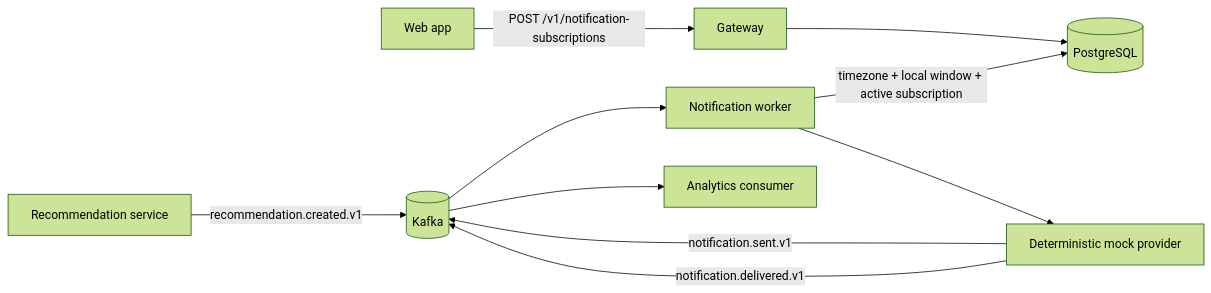
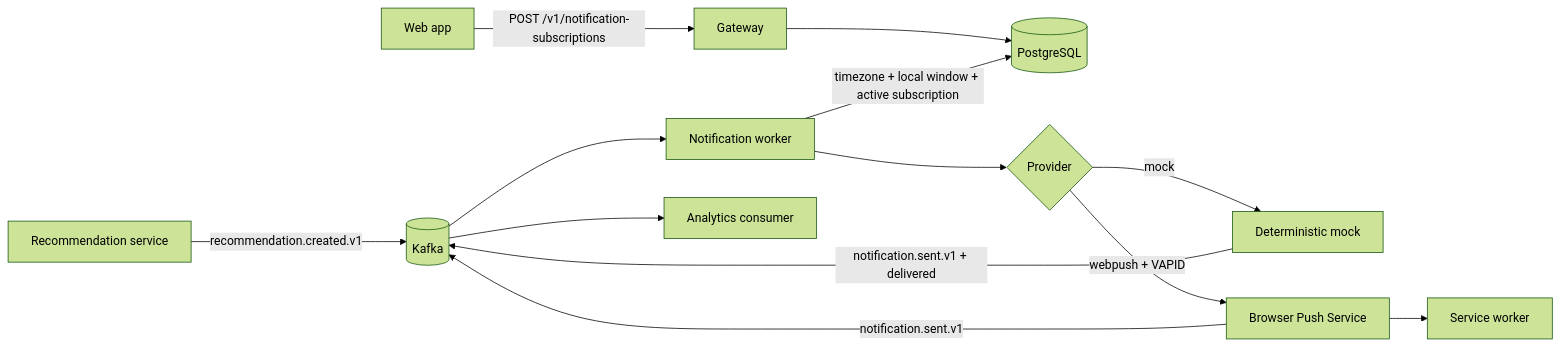
One commit to HiIamJeff67/spacetime-node changed the fourth of 6 diagrams in docs/architecture.md. Above: the diagram before and after it, drawn with Mermaid (forest theme). The commit also changed other lines of this file and 19 other files, not shown here.

Commit message:
feat(recommendation,notification): add semantic embeddings and Web Push

````diff
--- a/docs/architecture.md
+++ b/docs/architecture.md
@@ -251,12 +251,15 @@
 ```mermaid
 flowchart LR
   WebApp[Web app] -->|POST /v1/notification-subscriptions| Gateway[Gateway]
   Gateway --> PG[(PostgreSQL)]
   Recommendation[Recommendation service] -->|recommendation.created.v1| Kafka[(Kafka)]
   Kafka --> Worker[Notification worker]
   Worker -->|timezone + local window + active subscription| PG
-  Worker --> Mock[Deterministic mock provider]
-  Mock -->|notification.sent.v1| Kafka
-  Mock -->|notification.delivered.v1| Kafka
+  Worker --> Provider{Provider}
+  Provider -->|mock| Mock[Deterministic mock]
+  Provider -->|webpush + VAPID| PushService[Browser Push Service]
+  Mock -->|notification.sent.v1 + delivered| Kafka
+  PushService -->|notification.sent.v1| Kafka
+  PushService --> Browser[Service worker]
   Kafka --> Analytics[Analytics consumer]
 ```
````
